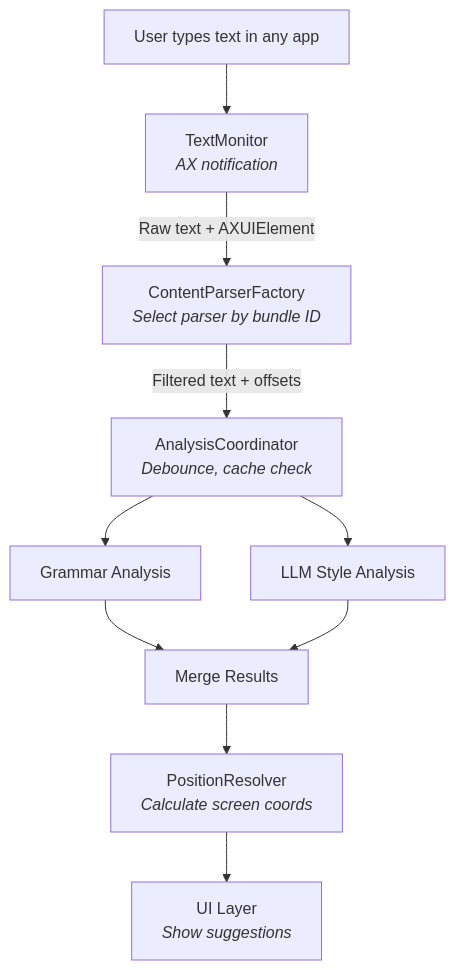
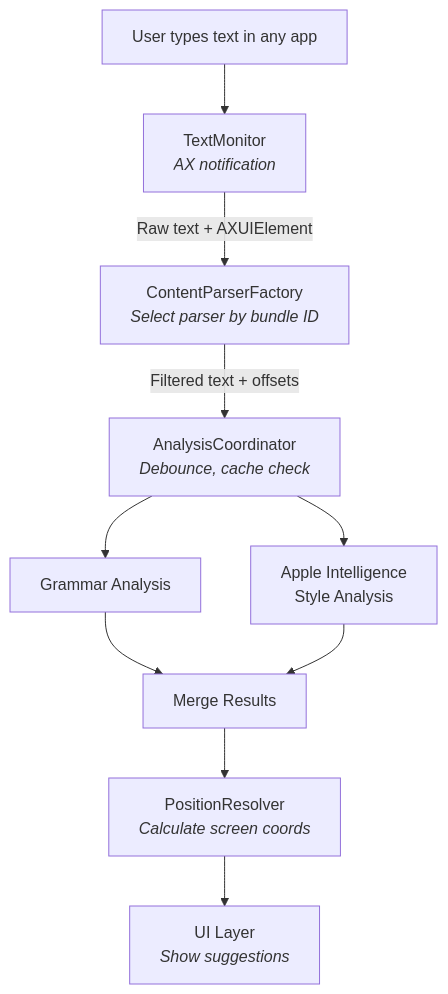
Before and after one commit to PhilipSchmid/textwarden: the third of 4 diagrams in ARCHITECTURE.md, drawn with Mermaid. The commit also changed other lines of this file and 31 other files, not shown here.

First line of the commit message:
Remove legacy Rust LLM code, migrate to Apple I...

````diff
--- a/ARCHITECTURE.md
+++ b/ARCHITECTURE.md
@@ -203,22 +204,22 @@
 ```mermaid
 flowchart TB
     User["User types text in any app"] --> TM
 
     TM["TextMonitor<br/><i>AX notification</i>"]
     TM -->|"Raw text + AXUIElement"| CPF
 
     CPF["ContentParserFactory<br/><i>Select parser by bundle ID</i>"]
     CPF -->|"Filtered text + offsets"| AC
 
     AC["AnalysisCoordinator<br/><i>Debounce, cache check</i>"]
     AC --> GA & SA
 
     GA["Grammar Analysis"]
-    SA["LLM Style Analysis"]
+    SA["Apple Intelligence<br/>Style Analysis"]
 
     GA & SA --> Merge["Merge Results"]
     Merge --> PR
 
     PR["PositionResolver<br/><i>Calculate screen coords</i>"]
     PR --> UI["UI Layer<br/><i>Show suggestions</i>"]
 ```
````
